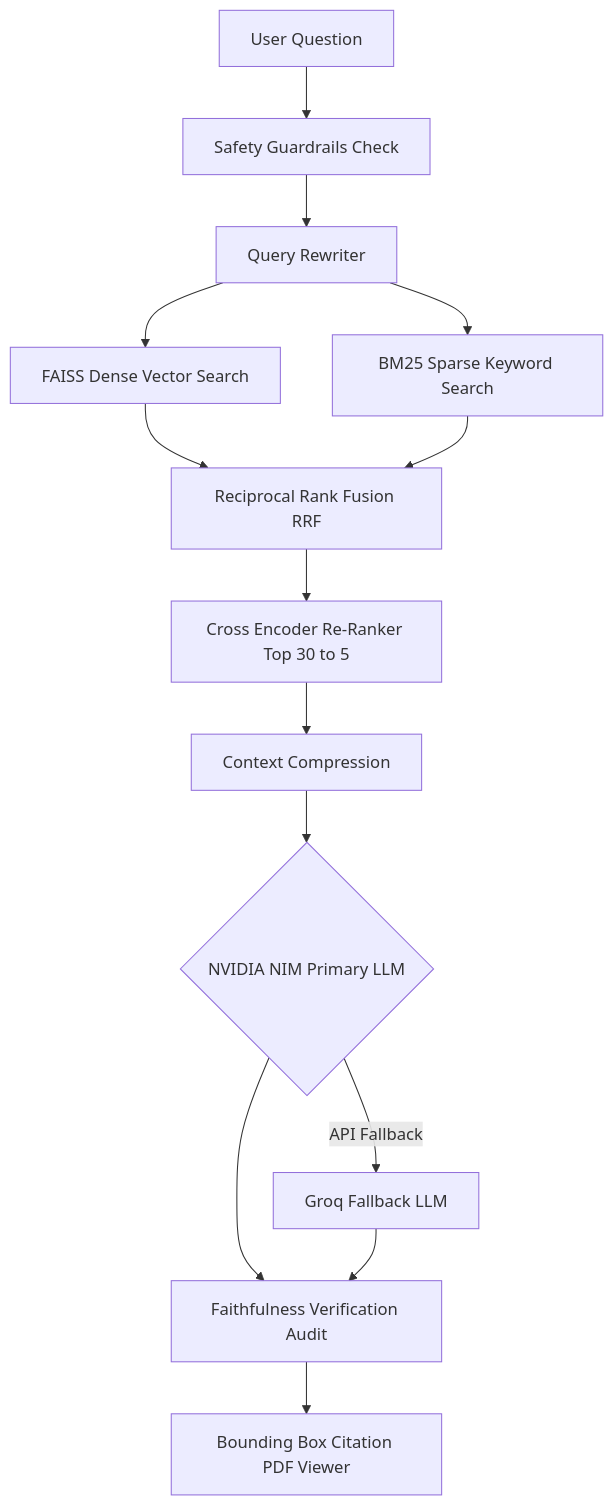
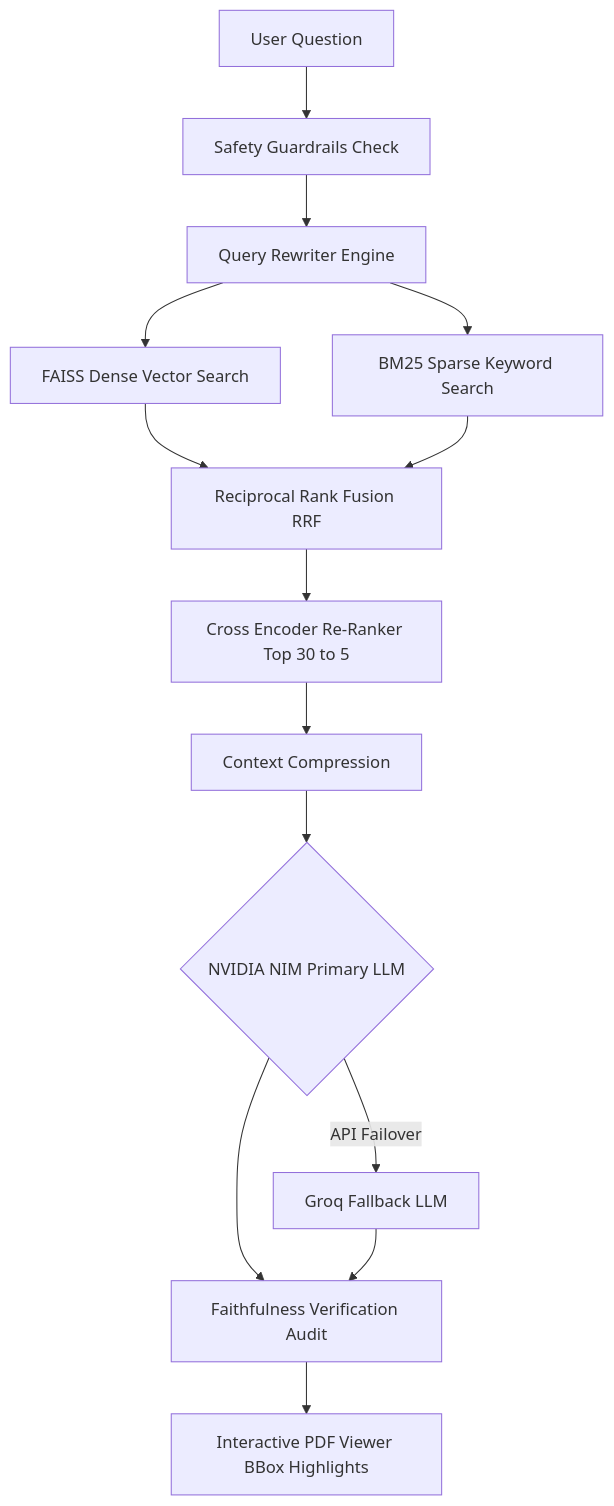
One commit to G1r1shCodes/DocIntel changed the second of 2 diagrams in README.md. Above: the diagram before and after it, drawn with Mermaid. The commit also changed other lines of this file and 3 other files, not shown here.

Commit message:
docs: remove SVG files, restore original Architecture Diagram.png, and enhance README structure

````diff
--- a/README.md
+++ b/README.md
@@ -71,16 +73,16 @@
 ```mermaid
 flowchart TD
-    UserQuery[User Question] --> Guardrails[Safety Guardrails Check]
-    Guardrails --> QueryRewrite[Query Rewriter]
-    QueryRewrite --> Dense[FAISS Dense Vector Search]
-    QueryRewrite --> Sparse[BM25 Sparse Keyword Search]
+    UserQuery[User Question] --> Safety[Safety Guardrails Check]
+    Safety --> Rewriter[Query Rewriter Engine]
+    Rewriter --> Dense[FAISS Dense Vector Search]
+    Rewriter --> Sparse[BM25 Sparse Keyword Search]
     Dense --> RRF[Reciprocal Rank Fusion RRF]
     Sparse --> RRF
     RRF --> Reranker[Cross Encoder Re-Ranker Top 30 to 5]
     Reranker --> Compression[Context Compression]
     Compression --> LLM{NVIDIA NIM Primary LLM}
-    LLM -->|API Fallback| Groq[Groq Fallback LLM]
-    LLM --> Faithfulness[Faithfulness Verification Audit]
-    Groq --> Faithfulness
-    Faithfulness --> Citations[Bounding Box Citation PDF Viewer]
+    LLM -->|API Failover| Groq[Groq Fallback LLM]
+    LLM --> Audit[Faithfulness Verification Audit]
+    Groq --> Audit
+    Audit --> Citations[Interactive PDF Viewer BBox Highlights]
 ```
````
